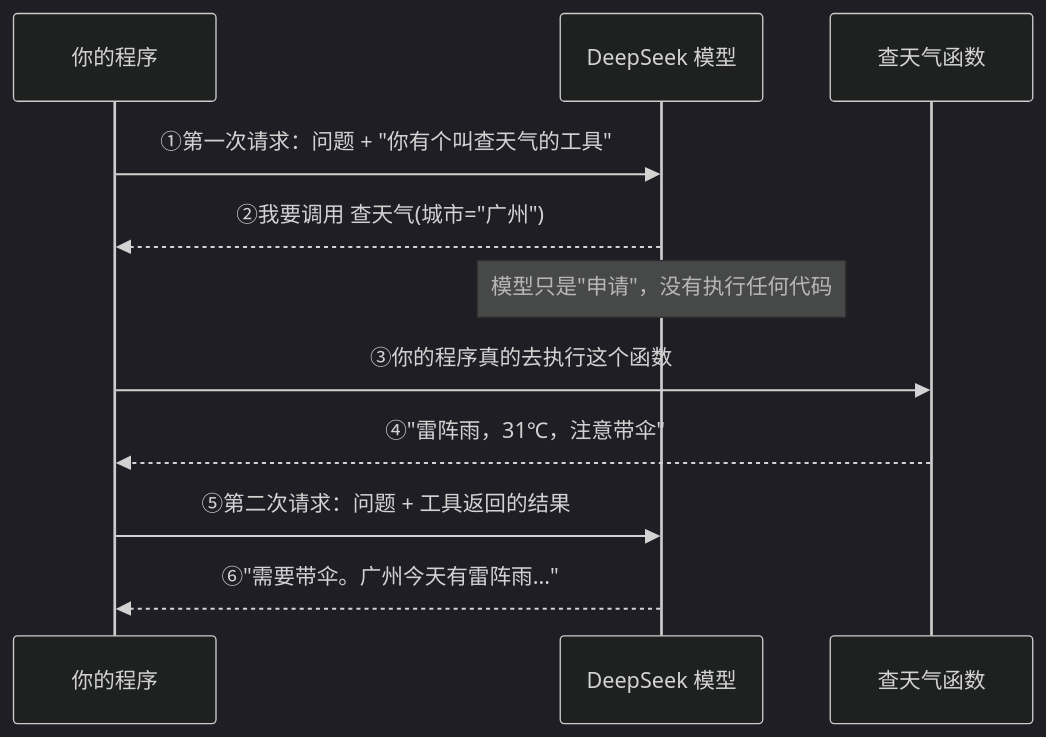
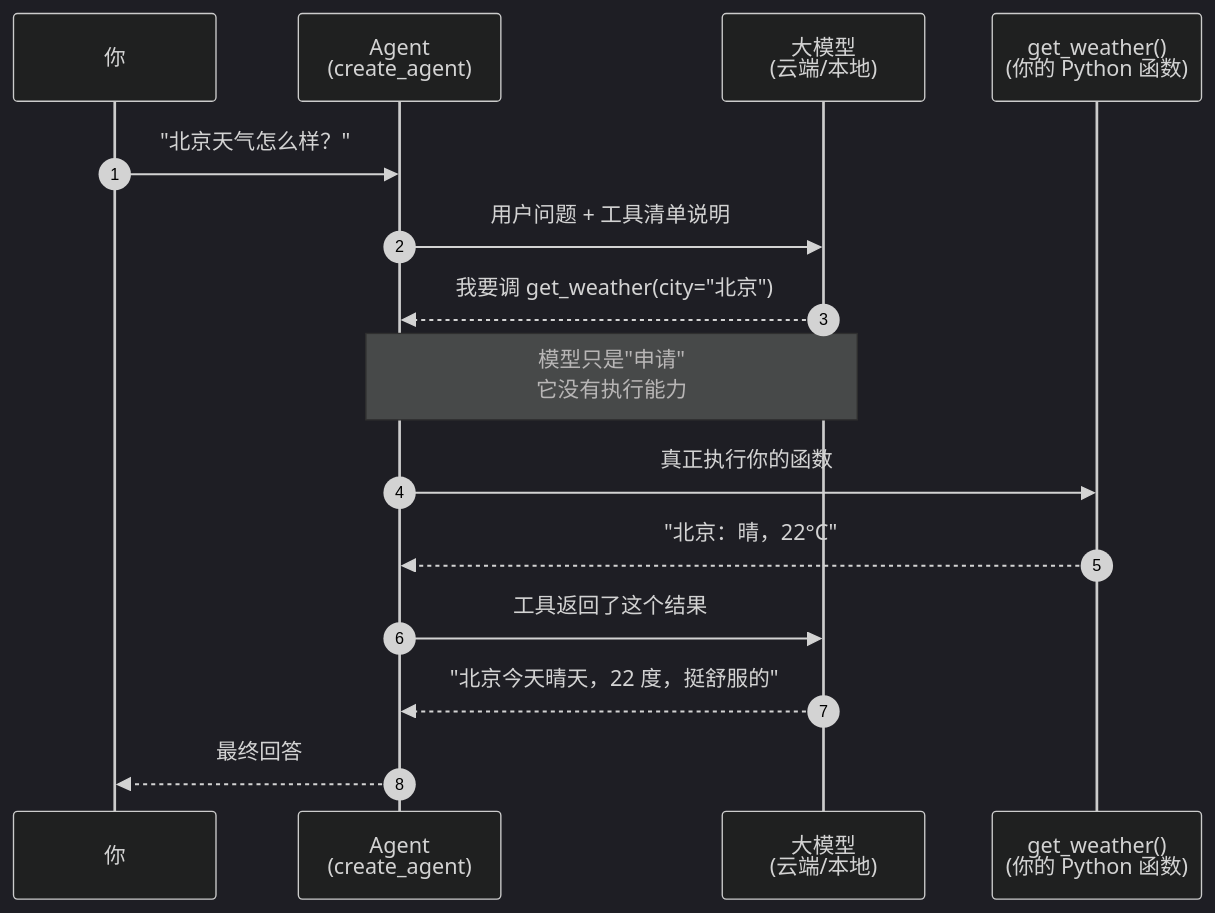
The diagram in LangChain1.3教程/docs/ch01-hello-langchain.md (zerioo1970/summary), drawn with Mermaid (dark theme) before and after one commit. The commit also changed other lines of this file and 19 other files, not shown here.

````diff
--- a/LangChain1.3教程/docs/ch01-hello-langchain.md
+++ b/LangChain1.3教程/docs/ch01-hello-langchain.md
@@ -367,14 +160,18 @@
 ```mermaid
 sequenceDiagram
-    participant 你 as 你的程序
-    participant M as DeepSeek 模型
-    participant T as 查天气函数
+    autonumber
+    participant U as 你
+    participant A as Agent<br/>(create_agent)
+    participant M as 大模型<br/>(云端/本地)
+    participant T as get_weather()<br/>(你的 Python 函数)
 
-    你->>M: ①第一次请求：问题 + "你有个叫查天气的工具"
-    M-->>你: ②我要调用 查天气(城市="广州")
-    Note over M: 模型只是"申请"，没有执行任何代码
-    你->>T: ③你的程序真的去执行这个函数
-    T-->>你: ④"雷阵雨，31℃，注意带伞"
-    你->>M: ⑤第二次请求：问题 + 工具返回的结果
-    M-->>你: ⑥"需要带伞。广州今天有雷阵雨..."
+    U->>A: "北京天气怎么样？"
+    A->>M: 用户问题 + 工具清单说明
+    M-->>A: 我要调 get_weather(city="北京")
+    Note over M,A: 模型只是"申请"<br/>它没有执行能力
+    A->>T: 真正执行你的函数
+    T-->>A: "北京：晴，22°C"
+    A->>M: 工具返回了这个结果
+    M-->>A: "北京今天晴天，22 度，挺舒服的"
+    A-->>U: 最终回答
 ```
````
